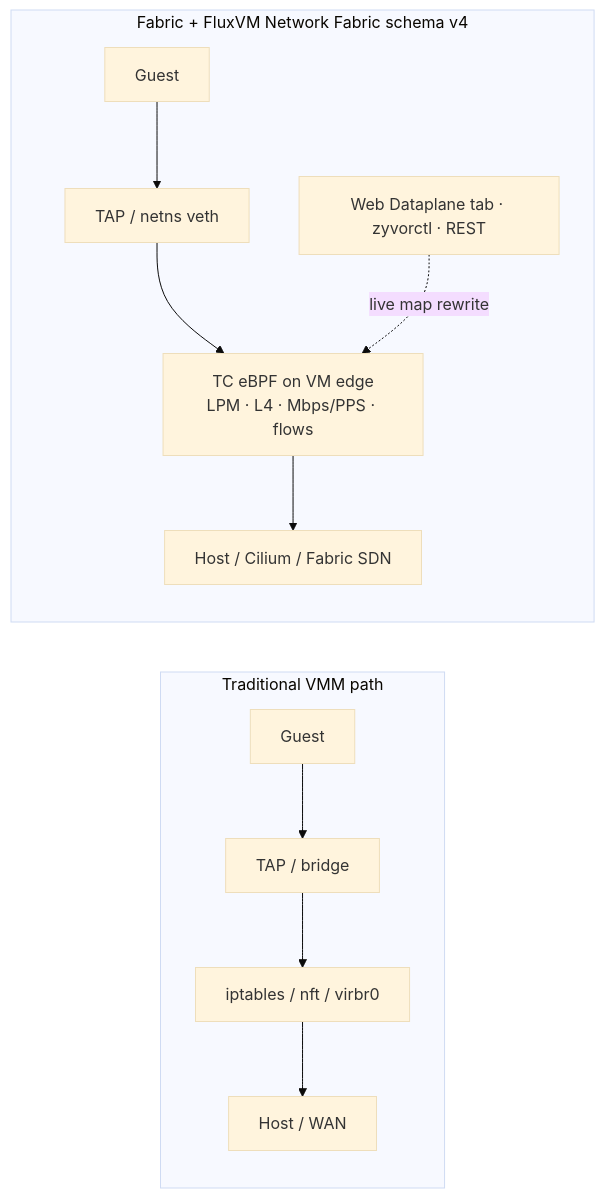
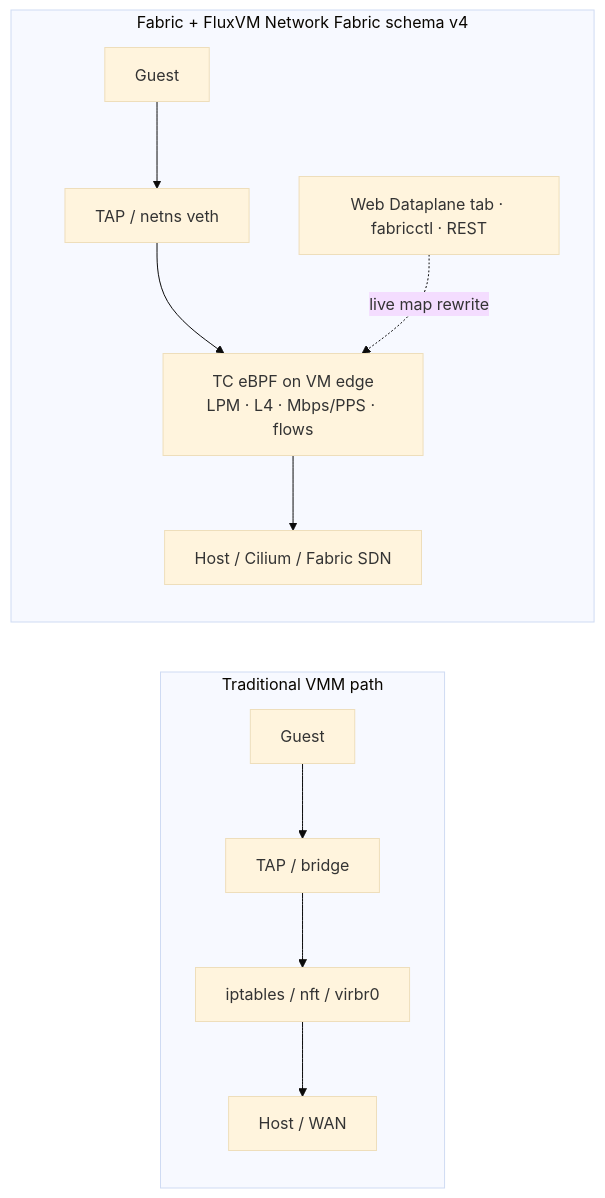
One commit to zyvorai/fabric changed the seventh of 8 diagrams in docs/network-fabric-architecture.md. Above: the diagram before and after it, drawn with Mermaid (base theme). The commit also changed other lines of this file and 104 other files, not shown here.

First line of the commit message:
Rename the zyvorctl CLI to fabricctl

````diff
--- a/docs/network-fabric-architecture.md
+++ b/docs/network-fabric-architecture.md
@@ -212,15 +212,15 @@
 ```mermaid
 flowchart LR
   subgraph traditional [Traditional VMM path]
     TGuest[Guest] --> TTap[TAP / bridge]
     TTap --> TNft[iptables / nft / virbr0]
     TNft --> TOut[Host / WAN]
   end
 
   subgraph fabricPath [Fabric + FluxVM Network Fabric schema v4]
     FGuest[Guest] --> FTap[TAP / netns veth]
     FTap --> FEbpf["TC eBPF on VM edge\nLPM · L4 · Mbps/PPS · flows"]
     FEbpf --> FOut[Host / Cilium / Fabric SDN]
-    UX[Web Dataplane tab · zyvorctl · REST] -.->|live map rewrite| FEbpf
+    UX[Web Dataplane tab · fabricctl · REST] -.->|live map rewrite| FEbpf
   end
 ```
````
